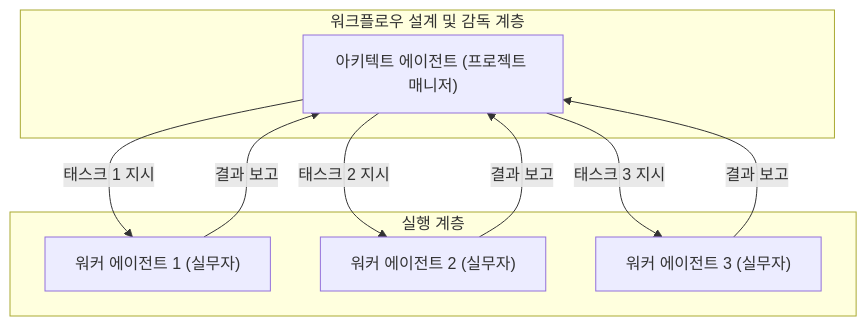
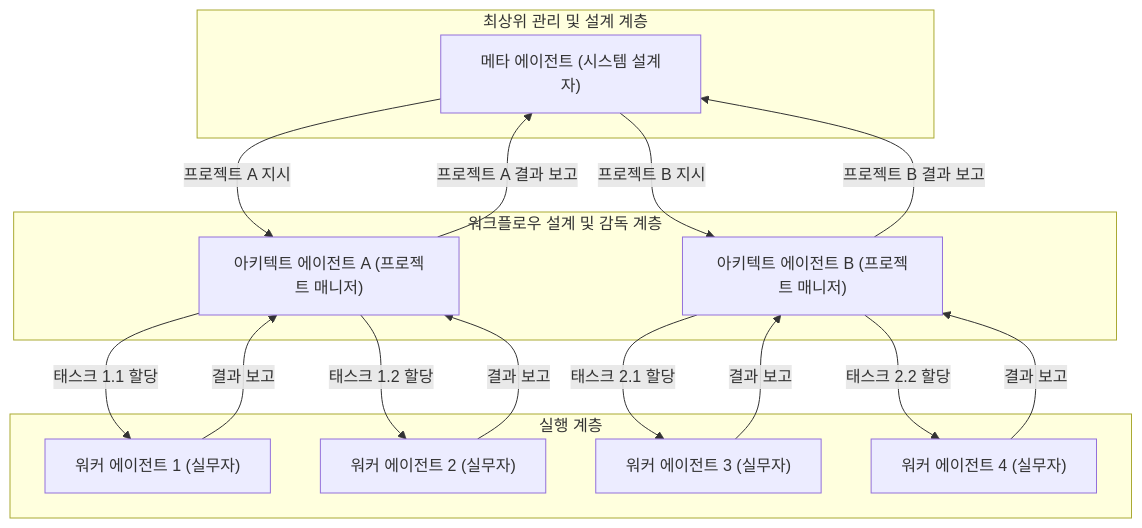
Before and after one commit to wooxist/ai-instructions: the first of 2 diagrams in book/10-advanced-collaboration-architectures.md, drawn with Mermaid. The commit also changed other lines of this file and 3 other files, not shown here.

````diff
--- a/book/10-advanced-collaboration-architectures.md
+++ b/book/10-advanced-collaboration-architectures.md
@@ -63,20 +65,35 @@
 ```mermaid
 graph TD;
+    subgraph "최상위 관리 및 설계 계층"
+        MetaAgent["메타 에이전트 (시스템 설계자)"]
+    end
+
     subgraph "워크플로우 설계 및 감독 계층"
-        ArchitectAgent["아키텍트 에이전트 (프로젝트 매니저)"]
+        ArchitectAgentA["아키텍트 에이전트 A (프로젝트 매니저)"]
+        ArchitectAgentB["아키텍트 에이전트 B (프로젝트 매니저)"]
     end
 
     subgraph "실행 계층"
         WorkerAgent1["워커 에이전트 1 (실무자)"]
         WorkerAgent2["워커 에이전트 2 (실무자)"]
         WorkerAgent3["워커 에이전트 3 (실무자)"]
+        WorkerAgent4["워커 에이전트 4 (실무자)"]
     end
 
-    ArchitectAgent -- "태스크 1 지시" --> WorkerAgent1
-    ArchitectAgent -- "태스크 2 지시" --> WorkerAgent2
-    ArchitectAgent -- "태스크 3 지시" --> WorkerAgent3
+    MetaAgent -- "프로젝트 A 지시" --> ArchitectAgentA
+    MetaAgent -- "프로젝트 B 지시" --> ArchitectAgentB
+    
+    ArchitectAgentA -- "태스크 1.1 할당" --> WorkerAgent1
+    ArchitectAgentA -- "태스크 1.2 할당" --> WorkerAgent2
+    
+    ArchitectAgentB -- "태스크 2.1 할당" --> WorkerAgent3
+    ArchitectAgentB -- "태스크 2.2 할당" --> WorkerAgent4
 
-    WorkerAgent1 -- "결과 보고" --> ArchitectAgent
-    WorkerAgent2 -- "결과 보고" --> ArchitectAgent
-    WorkerAgent3 -- "결과 보고" --> ArchitectAgent
+    WorkerAgent1 -- "결과 보고" --> ArchitectAgentA
+    WorkerAgent2 -- "결과 보고" --> ArchitectAgentA
+    WorkerAgent3 -- "결과 보고" --> ArchitectAgentB
+    WorkerAgent4 -- "결과 보고" --> ArchitectAgentB
+
+    ArchitectAgentA -- "프로젝트 A 결과 보고" --> MetaAgent
+    ArchitectAgentB -- "프로젝트 B 결과 보고" --> MetaAgent
 ```
````
